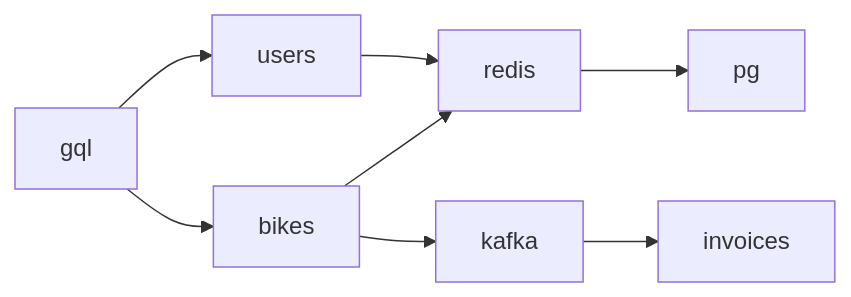
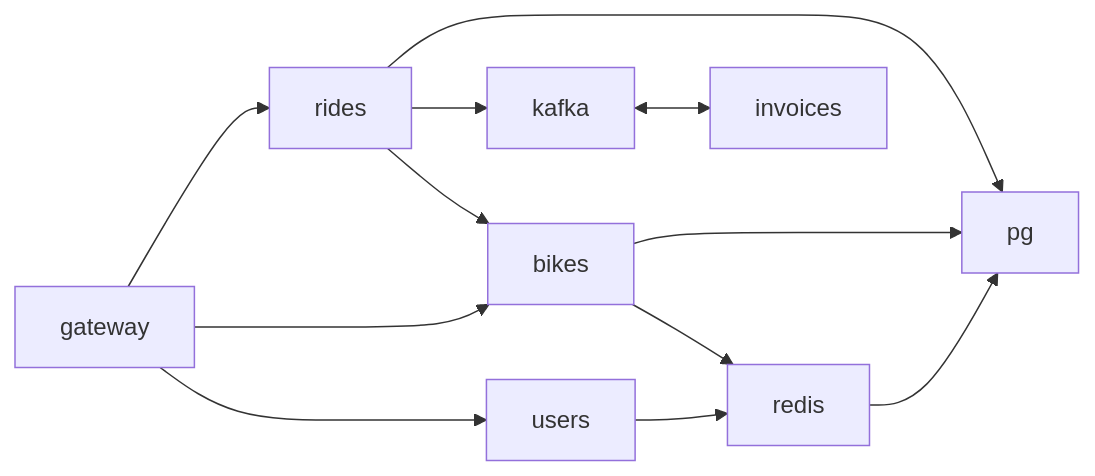
Before and after one commit to prathoss/telemetry-showcase: the diagram in README.md, drawn with Mermaid. The commit also changed other lines of this file, not shown here.

````diff
--- a/README.md
+++ b/README.md
@@ -3,10 +3,14 @@
 ```mermaid
 flowchart LR
-    gql --> users
-    gql --> bikes
+    gateway --> users
+    gateway --> bikes
+    gateway --> rides
     users --> redis
     redis --> pg
     bikes --> redis
-    bikes --> kafka
-    kafka --> invoices
+    bikes --> pg
+    rides --> kafka
+    rides --> bikes
+    rides --> pg
+    kafka <--> invoices
 ```
````
